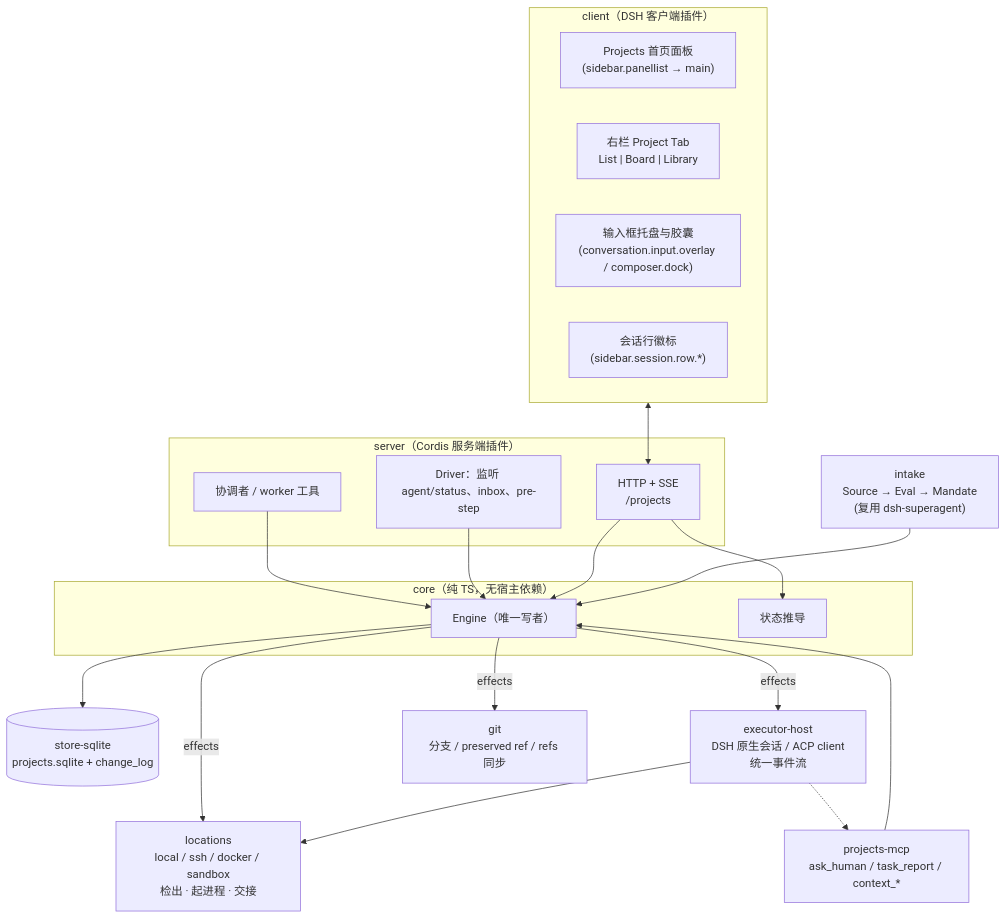
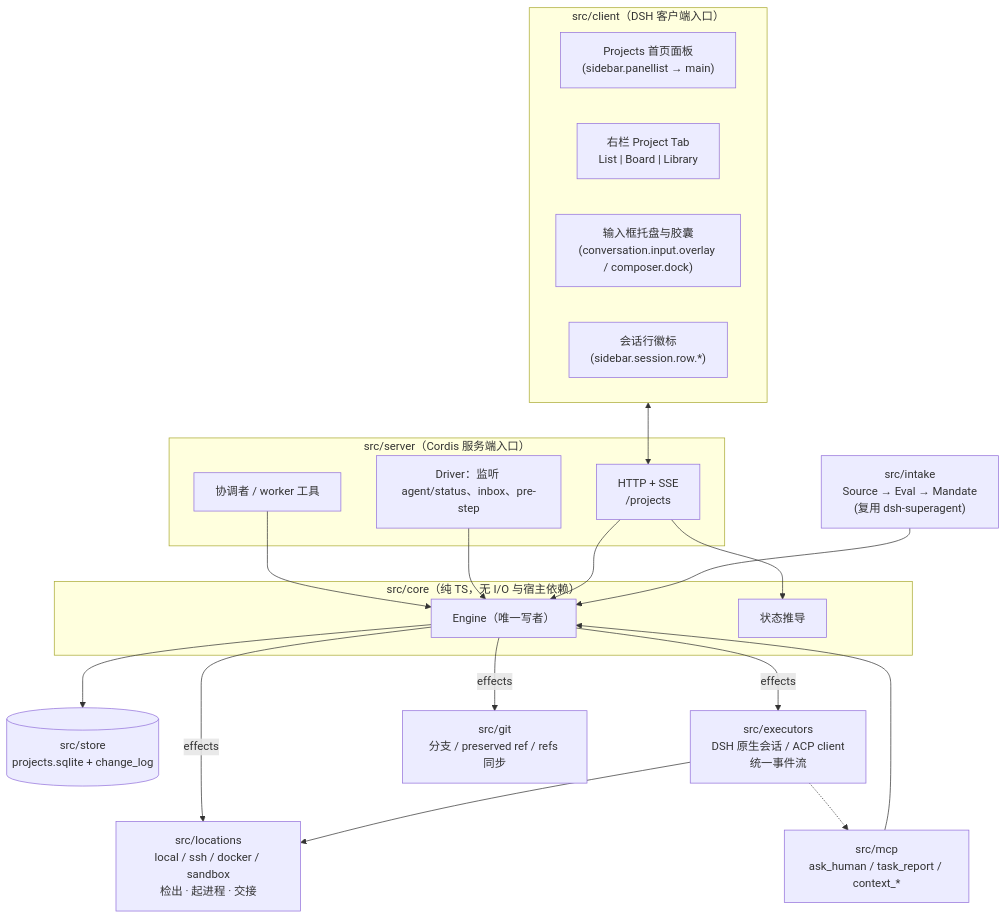
The diagram in docs/architecture/overview.md (chesley-veko/dsh-projects), drawn with Mermaid before and after one commit. The commit also changed other lines of this file and 16 other files, not shown here.

````diff
--- a/docs/architecture/overview.md
+++ b/docs/architecture/overview.md
@@ -29,37 +29,37 @@
 ```mermaid
 flowchart TB
-  subgraph Client["client（DSH 客户端插件）"]
+  subgraph Client["src/client（DSH 客户端入口）"]
     Home["Projects 首页面板\n(sidebar.panellist → main)"]
     Tab["右栏 Project Tab\nList | Board | Library"]
     Tray["输入框托盘与胶囊\n(conversation.input.overlay / composer.dock)"]
     Badge["会话行徽标\n(sidebar.session.row.*)"]
   end
-  subgraph Server["server（Cordis 服务端插件）"]
+  subgraph Server["src/server（Cordis 服务端入口）"]
     API["HTTP + SSE\n/projects"]
     Tools["协调者 / worker 工具"]
     Drv["Driver：监听 agent/status、inbox、pre-step"]
   end
-  subgraph Core["core（纯 TS，无宿主依赖）"]
+  subgraph Core["src/core（纯 TS，无 I/O 与宿主依赖）"]
     Eng["Engine（唯一写者）"]
     Derive["状态推导"]
   end
-  Store[("store-sqlite\nprojects.sqlite + change_log")]
-  Exec["executor-host\nDSH 原生会话 / ACP client\n统一事件流"]
-  Loc["locations\nlocal / ssh / docker / sandbox\n检出 · 起进程 · 交接"]
-  MCP["projects-mcp\nask_human / task_report / context_*"]
-  Git["git\n分支 / preserved ref / refs 同步"]
-  Intake["intake\nSource → Eval → Mandate\n(复用 dsh-superagent)"]
+  Store[("src/store\nprojects.sqlite + change_log")]
+  Exec["src/executors\nDSH 原生会话 / ACP client\n统一事件流"]
+  Loc["src/locations\nlocal / ssh / docker / sandbox\n检出 · 起进程 · 交接"]
+  MCP["src/mcp\nask_human / task_report / context_*"]
+  Git["src/git\n分支 / preserved ref / refs 同步"]
+  Intake["src/intake\nSource → Eval → Mandate\n(复用 dsh-superagent)"]
   Client <--> API
   Tools --> Eng
   Drv --> Eng
   API --> Eng
   API --> Derive
   Eng --> Store
   Eng -- effects --> Exec
   Eng -- effects --> Loc
   Eng -- effects --> Git
   Exec --> Loc
   Exec -.-> MCP
   MCP --> Eng
   Intake --> Eng
 ```
````
